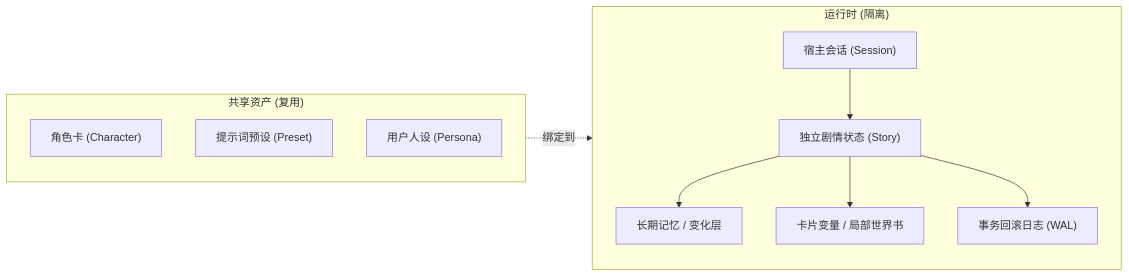
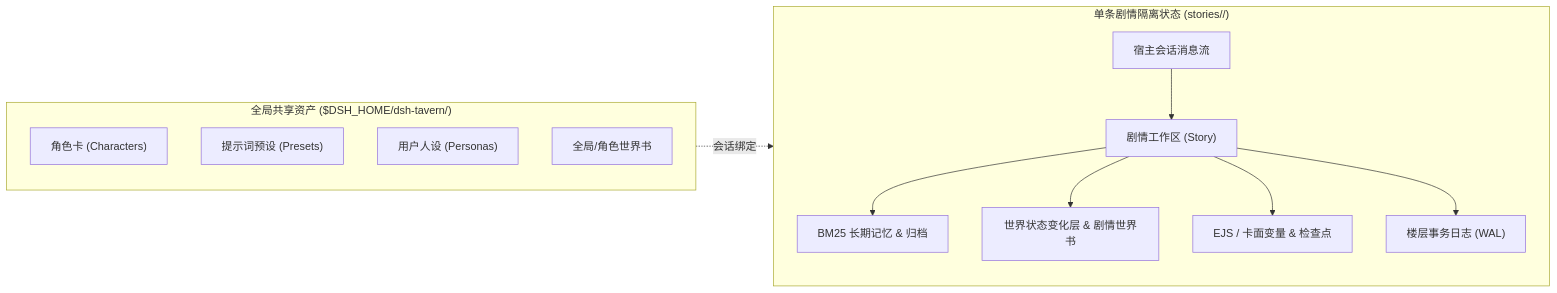
Before and after one commit to Amakurai/dsh-liketavern: the diagram in README.md, drawn with Mermaid. The commit also changed other lines of this file and 1 other file, not shown here.

````diff
--- a/README.md
+++ b/README.md
@@ -53,17 +104,19 @@
 ```mermaid
 flowchart LR
-    subgraph Shared["共享资产 (复用)"]
-        Card["角色卡 (Character)"]
-        Preset["提示词预设 (Preset)"]
-        Persona["用户人设 (Persona)"]
+    subgraph Assets["全局共享资产 ($DSH_HOME/dsh-tavern/)"]
+        Card["角色卡 (Characters)"]
+        Preset["提示词预设 (Presets)"]
+        Persona["用户人设 (Personas)"]
+        GlobalWI["全局/角色世界书"]
     end
 
-    subgraph Runtime["运行时 (隔离)"]
-        Session["宿主会话 (Session)"] --> Story["独立剧情状态 (Story)"]
-        Story --> Mem["长期记忆 / 变化层"]
-        Story --> Vars["卡片变量 / 局部世界书"]
-        Story --> WAL["事务回滚日志 (WAL)"]
+    subgraph StoryScope["单条剧情隔离状态 (stories/<storyId>/)"]
+        Session["宿主会话消息流"] --> Story["剧情工作区 (Story)"]
+        Story --> Memory["BM25 长期记忆 & 归档"]
+        Story --> Delta["世界状态变化层 & 剧情世界书"]
+        Story --> Vars["EJS / 卡面变量 & 检查点"]
+        Story --> WAL["楼层事务日志 (WAL)"]
     end
 
-    Shared -.->|"绑定到"| Runtime
+    Assets -.->|"会话绑定"| StoryScope
 ```
````
